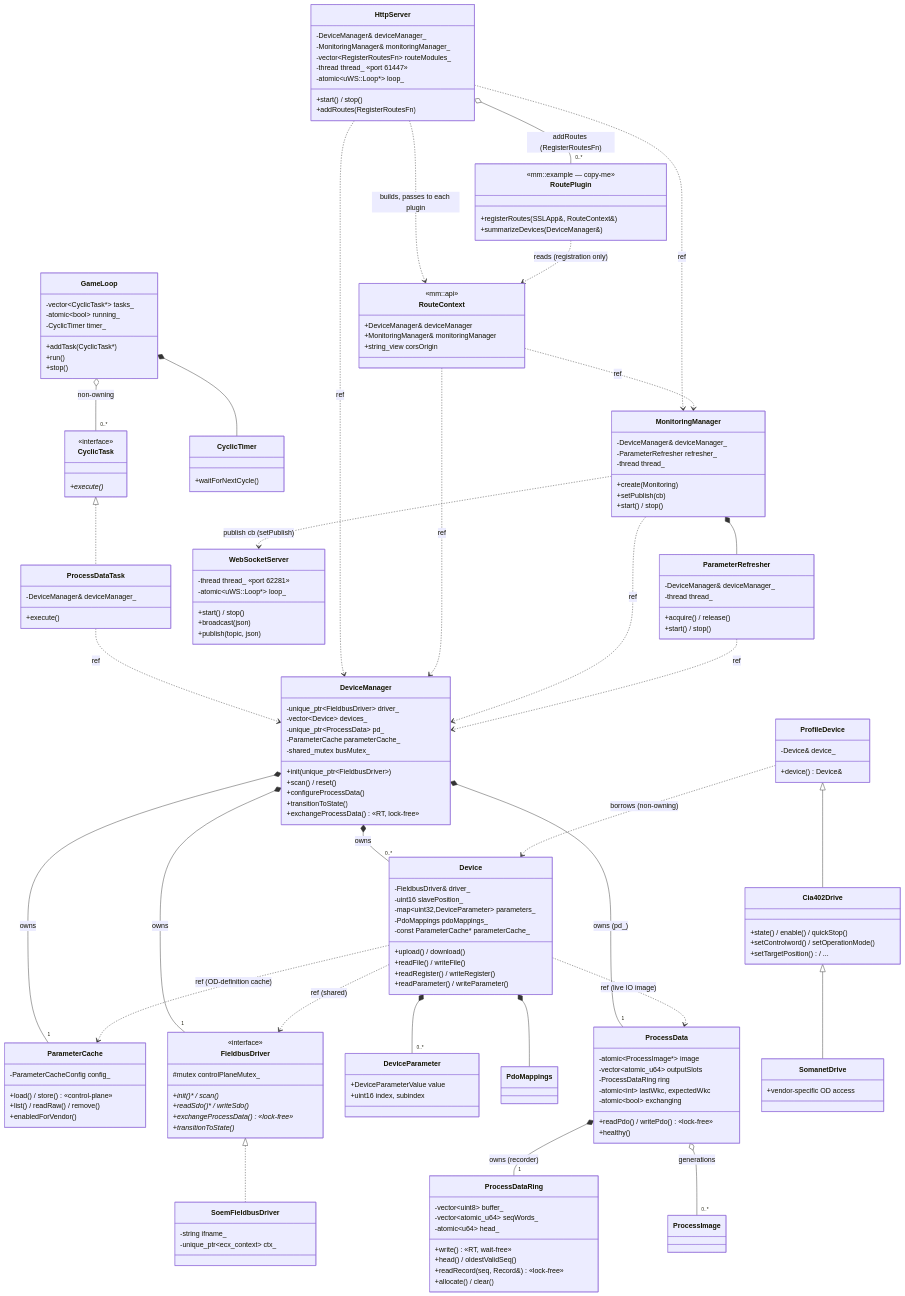
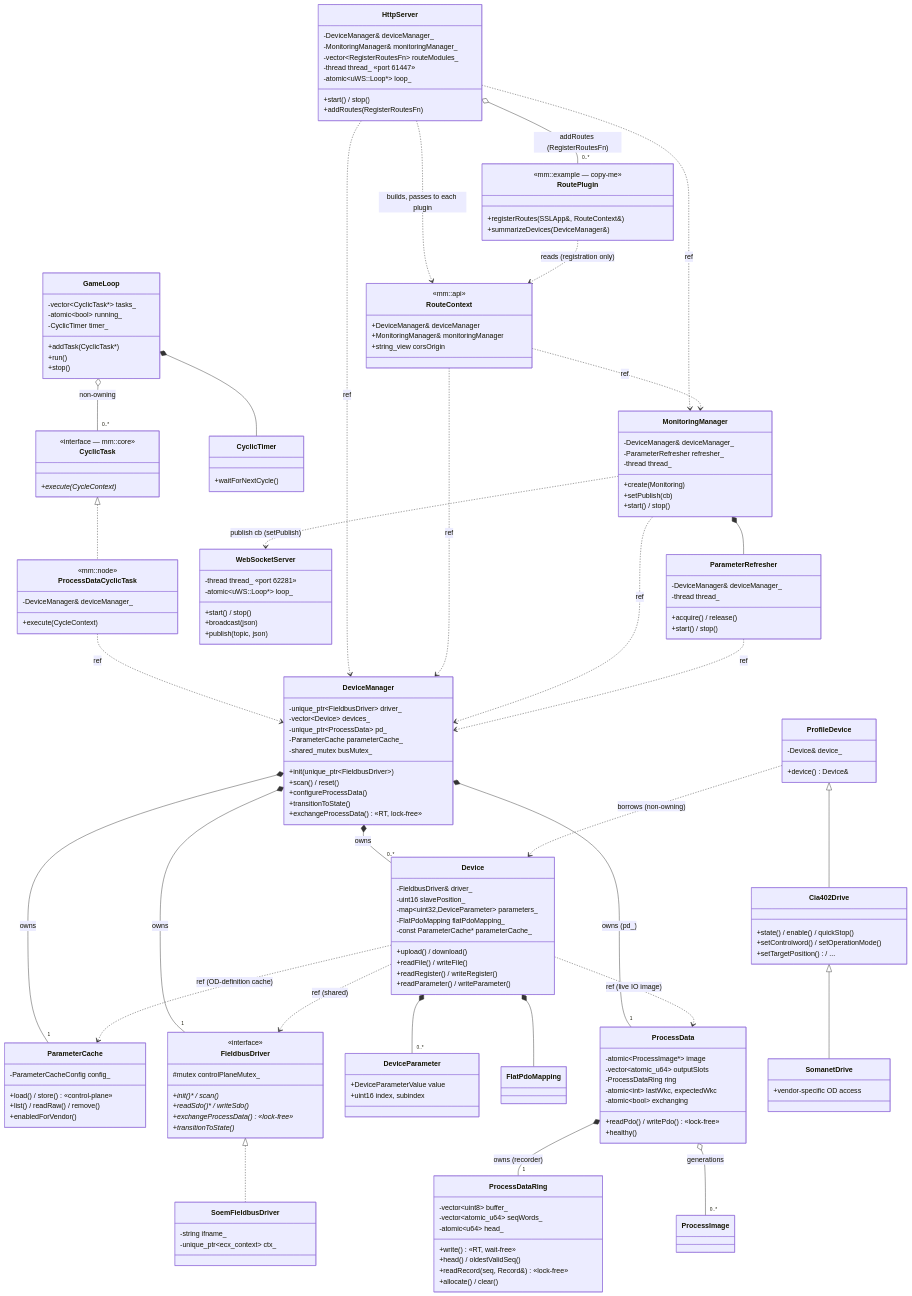
One commit to synapticon/motion-master changed the diagram in docs/CLASS_DIAGRAM.md. Above: the diagram before and after it, drawn with Mermaid. The commit also changed other lines of this file and 1 other file, not shown here.

Commit message:
docs: reconcile class-diagram & threading docs with source
Both hand-maintained docs had drifted since the CyclicTask hoist to
libs/core and the ProcessDataCyclicTask rename/relocation.

- CLASS_DIAGRAM.md: ProcessDataTask -> ProcessDataCyclicTask
  (libs/node), CyclicTask marked mm::core interface taking a
  CycleContext, PdoMappings -> FlatPdoMapping, SpoeDriver ->
  SpoeFieldbusDriver.
- THREADS.md: same task rename, refreshed all stale file:line
  citations (main.cc, http_server, monitoring_manager,
  parameter_refresher, cyclic_timer_linux, game_loop), dropped the
  unverifiable "default 16" interval, and added the two missing sync
  primitives DeviceManager::busMutex_ and Device::parametersMutex_.

Docs-only; design unchanged.

````diff
--- a/docs/CLASS_DIAGRAM.md
+++ b/docs/CLASS_DIAGRAM.md
@@ -13,11 +13,12 @@
 ```mermaid
 classDiagram
     class CyclicTask {
-        <<interface>>
-        +execute()*
+        <<interface — mm::core>>
+        +execute(CycleContext)*
     }
-    class ProcessDataTask {
-        +execute()
+    class ProcessDataCyclicTask {
+        <<mm::node>>
+        +execute(CycleContext)
         -DeviceManager& deviceManager_
     }
     class GameLoop {
@@ -92,7 +93,7 @@
         -FieldbusDriver& driver_
         -uint16 slavePosition_
         -map~uint32,DeviceParameter~ parameters_
-        -PdoMappings pdoMappings_
+        -FlatPdoMapping flatPdoMapping_
         -const ParameterCache* parameterCache_
     }
     class ParameterCache {
@@ -117,7 +118,7 @@
         +DeviceParameterValue value
         +uint16 index, subindex
     }
-    class PdoMappings
+    class FlatPdoMapping
     class ProcessData {
         +readPdo() / writePdo() «lock-free»
         +healthy()
@@ -150,14 +151,14 @@
         +vendor-specific OD access
     }
 
-    CyclicTask <|.. ProcessDataTask
+    CyclicTask <|.. ProcessDataCyclicTask
     FieldbusDriver <|.. SoemFieldbusDriver
     ProfileDevice <|-- Cia402Drive
     Cia402Drive <|-- SomanetDrive
 
     GameLoop o-- "0..*" CyclicTask : non-owning
     GameLoop *-- CyclicTimer
-    ProcessDataTask ..> DeviceManager : ref
+    ProcessDataCyclicTask ..> DeviceManager : ref
     HttpServer ..> DeviceManager : ref
     HttpServer ..> MonitoringManager : ref
     HttpServer o-- "0..*" RoutePlugin : addRoutes (RegisterRoutesFn)
@@ -179,6 +180,6 @@
     Device ..> ProcessData : ref (live IO image)
     Device ..> ParameterCache : ref (OD-definition cache)
     Device *-- "0..*" DeviceParameter
-    Device *-- PdoMappings
+    Device *-- FlatPdoMapping
     ProfileDevice ..> Device : borrows (non-owning)
 ```
````
